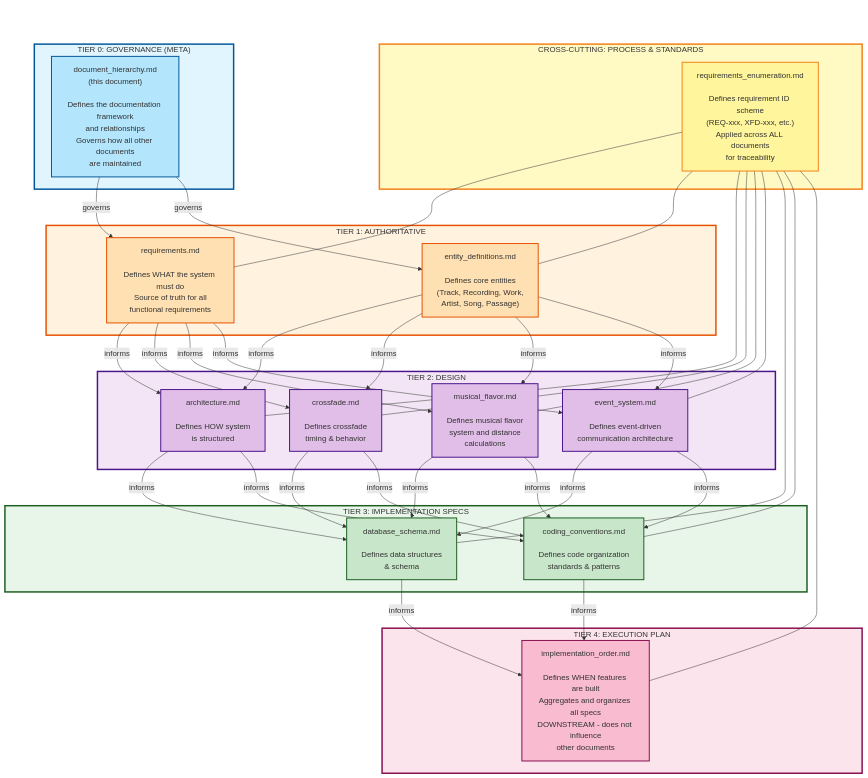
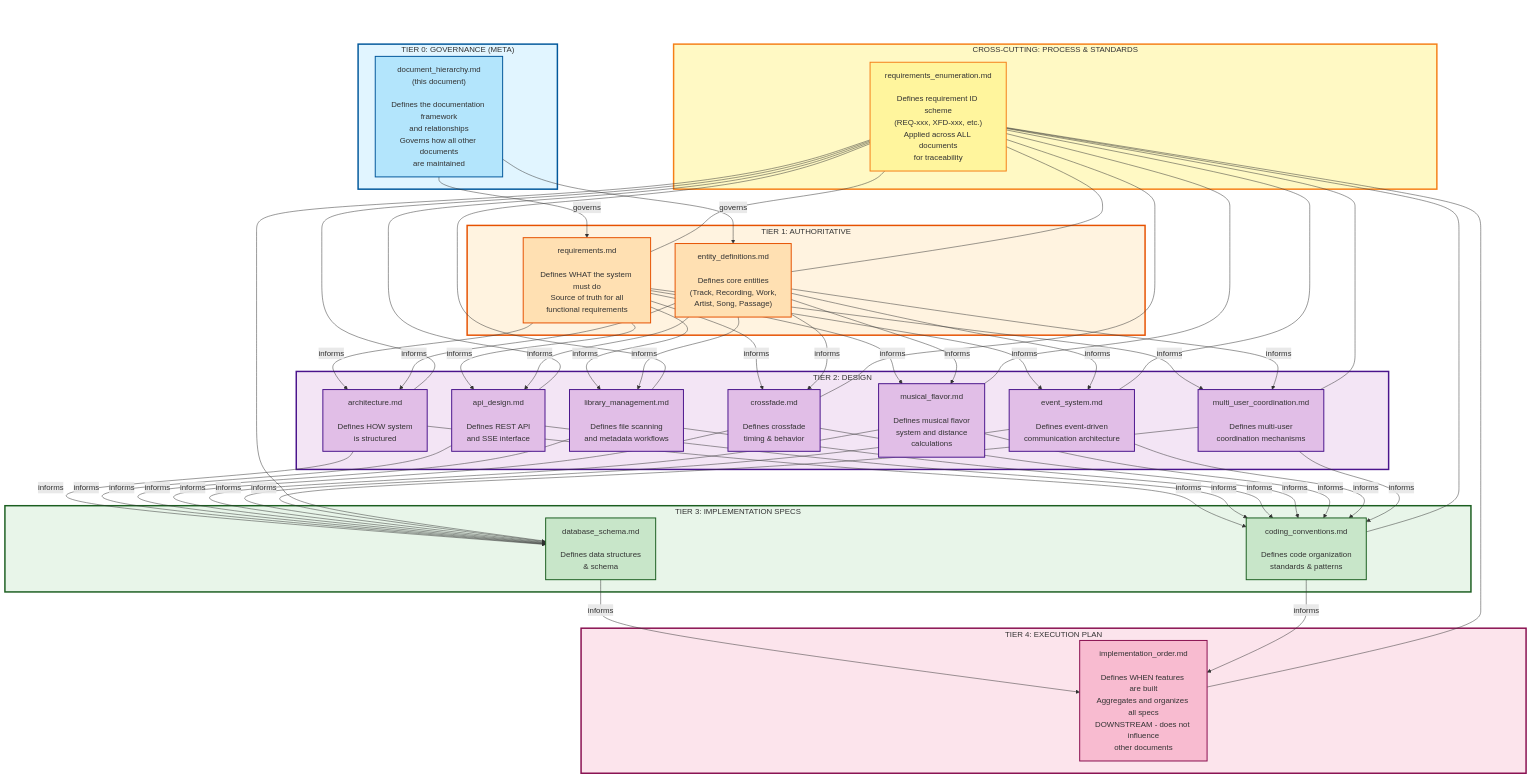
One commit to MangoCats/McRhythm changed the diagram in document_hierarchy.md. Above: the diagram before and after it, drawn with Mermaid. The commit also changed other lines of this file and 11 other files, not shown here.

````diff
--- a/document_hierarchy.md
+++ b/document_hierarchy.md
@@ -21,63 +21,69 @@
 ```mermaid
 flowchart TD
     subgraph T0["TIER 0: GOVERNANCE (META)"]
         DH["document_hierarchy.md<br/>(this document)<br/><br/>Defines the documentation framework<br/>and relationships<br/>Governs how all other documents<br/>are maintained"]
     end
 
     subgraph T1["TIER 1: AUTHORITATIVE"]
         REQ["requirements.md<br/><br/>Defines WHAT the system must do<br/>Source of truth for all<br/>functional requirements"]
         ENT["entity_definitions.md<br/><br/>Defines core entities<br/>(Track, Recording, Work,<br/>Artist, Song, Passage)"]
     end
 
     subgraph T2["TIER 2: DESIGN"]
         ARCH["architecture.md<br/><br/>Defines HOW system<br/>is structured"]
+        API["api_design.md<br/><br/>Defines REST API<br/>and SSE interface"]
+        LIB["library_management.md<br/><br/>Defines file scanning<br/>and metadata workflows"]
         XFD["crossfade.md<br/><br/>Defines crossfade<br/>timing & behavior"]
         FLV["musical_flavor.md<br/><br/>Defines musical flavor<br/>system and distance<br/>calculations"]
         EVT["event_system.md<br/><br/>Defines event-driven<br/>communication architecture"]
+        MUC["multi_user_coordination.md<br/><br/>Defines multi-user<br/>coordination mechanisms"]
     end
 
     T2_SPACER[" "]:::invisible
 
     subgraph T3["TIER 3: IMPLEMENTATION SPECS"]
         DB["database_schema.md<br/><br/>Defines data structures<br/>& schema"]
         CODE["coding_conventions.md<br/><br/>Defines code organization<br/>standards & patterns"]
     end
 
     subgraph CC["CROSS-CUTTING: PROCESS & STANDARDS"]
         ENUM["requirements_enumeration.md<br/><br/>Defines requirement ID scheme<br/>(REQ-xxx, XFD-xxx, etc.)<br/>Applied across ALL documents<br/>for traceability"]
     end
 
     subgraph T4["TIER 4: EXECUTION PLAN"]
         IMPL["implementation_order.md<br/><br/>Defines WHEN features are built<br/>Aggregates and organizes all specs<br/>DOWNSTREAM - does not influence<br/>other documents"]
     end
 
     DH -->|governs| REQ & ENT
-    REQ & ENT -->|informs| ARCH & XFD & FLV & EVT
+    REQ & ENT -->|informs| ARCH & API & LIB & XFD & FLV & EVT & MUC
     T2_SPACER ~~~ T3
     T2_SPACER ~~~ CC
-    ARCH & XFD & FLV & EVT -->|informs| DB & CODE
+    ARCH & API & LIB & XFD & FLV & EVT & MUC -->|informs| DB & CODE
     DB & CODE -->|informs| IMPL
 
-    ENUM --- REQ & ENT & ARCH & XFD & FLV & EVT & DB & CODE & IMPL
+    ENUM --- REQ & ENT & ARCH & API & LIB & XFD & FLV & EVT & MUC & DB & CODE & IMPL
 
     style T0 fill:#e1f5ff,stroke:#01579b,stroke-width:3px
     style T1 fill:#fff3e0,stroke:#e65100,stroke-width:3px
     style T2 fill:#f3e5f5,stroke:#4a148c,stroke-width:3px
     style T3 fill:#e8f5e9,stroke:#1b5e20,stroke-width:3px
     style CC fill:#fff9c4,stroke:#f57f17,stroke-width:3px
     style T4 fill:#fce4ec,stroke:#880e4f,stroke-width:3px
 
     style DH fill:#b3e5fc,stroke:#01579b,stroke-width:2px
     style REQ fill:#ffe0b2,stroke:#e65100,stroke-width:2px
     style ENT fill:#ffe0b2,stroke:#e65100,stroke-width:2px
     style ARCH fill:#e1bee7,stroke:#4a148c,stroke-width:2px
+    style API fill:#e1bee7,stroke:#4a148c,stroke-width:2px
+    style LIB fill:#e1bee7,stroke:#4a148c,stroke-width:2px
     style XFD fill:#e1bee7,stroke:#4a148c,stroke-width:2px
     style FLV fill:#e1bee7,stroke:#4a148c,stroke-width:2px
     style EVT fill:#e1bee7,stroke:#4a148c,stroke-width:2px
+    style MUC fill:#e1bee7,stroke:#4a148c,stroke-width:2px
     style ENUM fill:#fff59d,stroke:#f57f17,stroke-width:2px
     style DB fill:#c8e6c9,stroke:#1b5e20,stroke-width:2px
     style CODE fill:#c8e6c9,stroke:#1b5e20,stroke-width:2px
     style IMPL fill:#f8bbd0,stroke:#880e4f,stroke-width:2px
 
     classDef invisible fill:none,stroke:none
 ```
````
